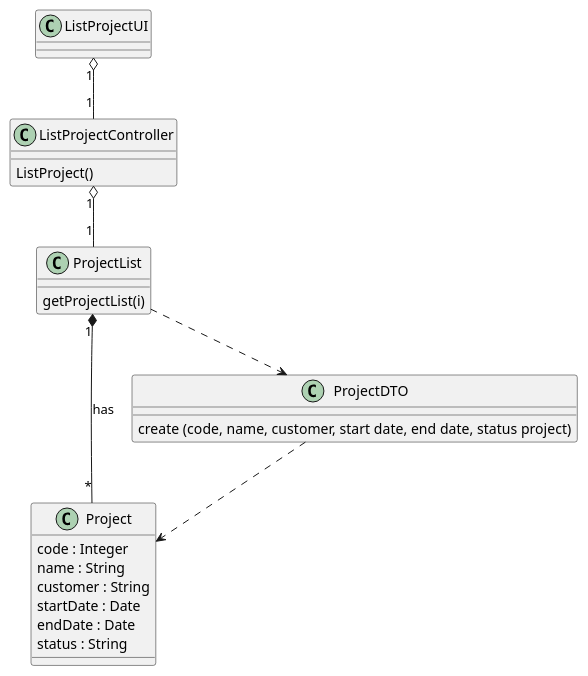
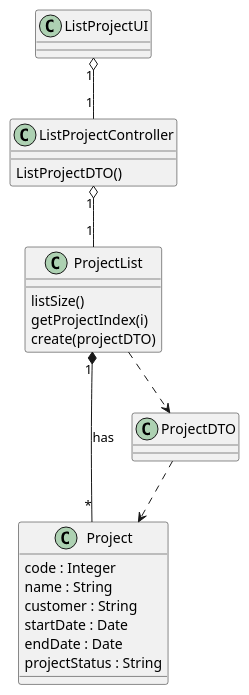
One commit to ivo-menezes/project_g3 changed the diagram in docs/modelling_design/user_stories/us015/US015_ListAllProjectsCD.puml. Above: the diagram before and after it, drawn with PlantUML. The commit also changed 3 other files, not shown here.

```diff
--- a/docs/modelling_design/user_stories/us015/US015_ListAllProjectsCD.puml
+++ b/docs/modelling_design/user_stories/us015/US015_ListAllProjectsCD.puml
@@ -1,33 +1,35 @@
 @startuml
 
 class ListProjectUI {}
 
 class ListProjectController{
-ListProject()
+ListProjectDTO()
 }
 
 
 class Project {
 code : Integer
 name : String
 customer : String
 startDate : Date
 endDate : Date
-status : String
+projectStatus : String
 }
 
 class ProjectList {
-getProjectList(i)
+listSize()
+getProjectIndex(i)
+create(projectDTO)
 }
 
 class ProjectDTO {
-create (code, name, customer, start date, end date, status project)
+
 }
 
 ProjectList "1" *-- "*" Project : has
 ListProjectController "1" o-- "1" ProjectList
 ListProjectUI "1" o-- "1" ListProjectController
 ProjectList ..> ProjectDTO
 ProjectDTO ..> Project
 
 @enduml
```
